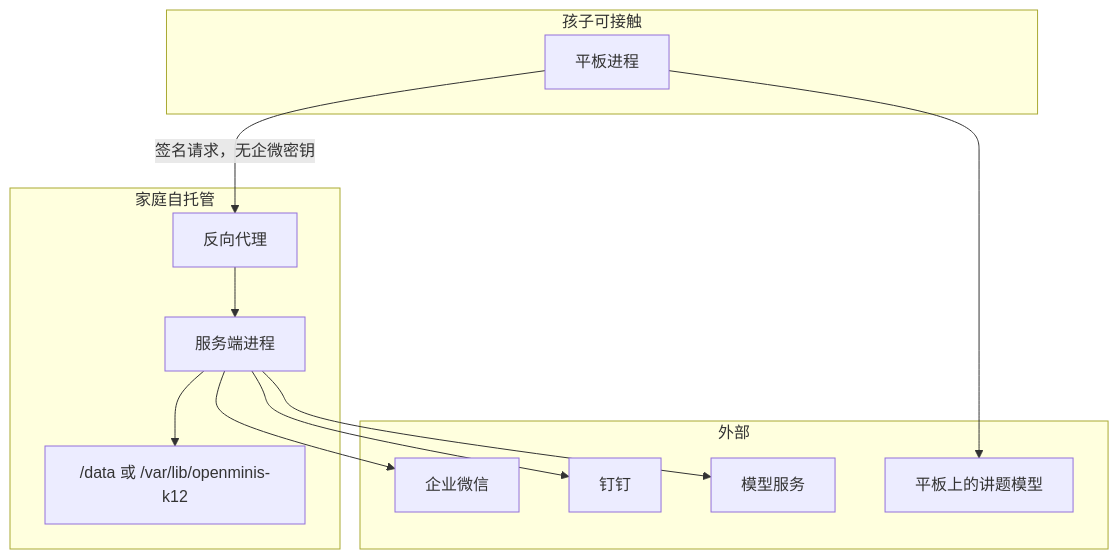
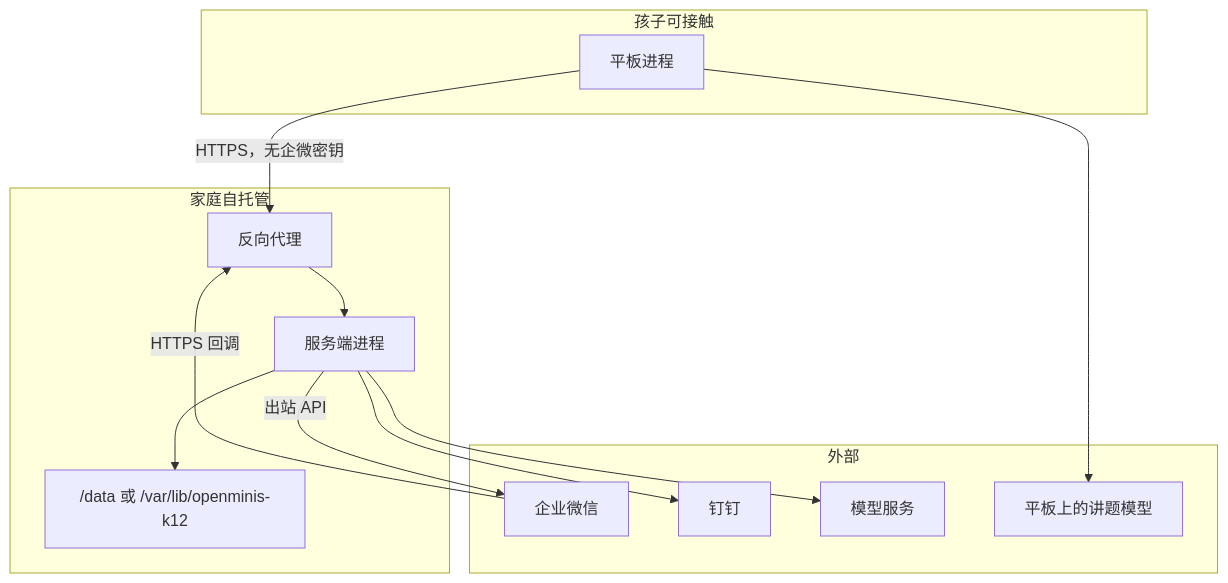
One commit to ChuckPeng/OpenMinis-K12 changed the second of 5 diagrams in docs/k12/architecture.md. Above: the diagram before and after it, drawn with Mermaid. The commit also changed other lines of this file and 35 other files, not shown here.

````diff
--- a/docs/k12/architecture.md
+++ b/docs/k12/architecture.md
@@ -54,23 +78,24 @@
 ```mermaid
 flowchart TB
   subgraph child["孩子可接触"]
     app["平板进程"]
   end
   subgraph home["家庭自托管"]
     rev["反向代理"]
     core["服务端进程"]
     disk["/data 或 /var/lib/openminis-k12"]
     rev --> core --> disk
   end
   subgraph outside["外部"]
     wecom["企业微信"]
     ding["钉钉"]
     llm["模型服务"]
     tutor["平板上的讲题模型"]
   end
-  app -->|"签名请求，无企微密钥"| rev
-  core --> wecom
+  app -->|"HTTPS，无企微密钥"| rev
+  wecom -->|"HTTPS 回调"| rev
+  core -->|"出站 API"| wecom
   core --> ding
   core --> llm
   app --> tutor
 ```
````
